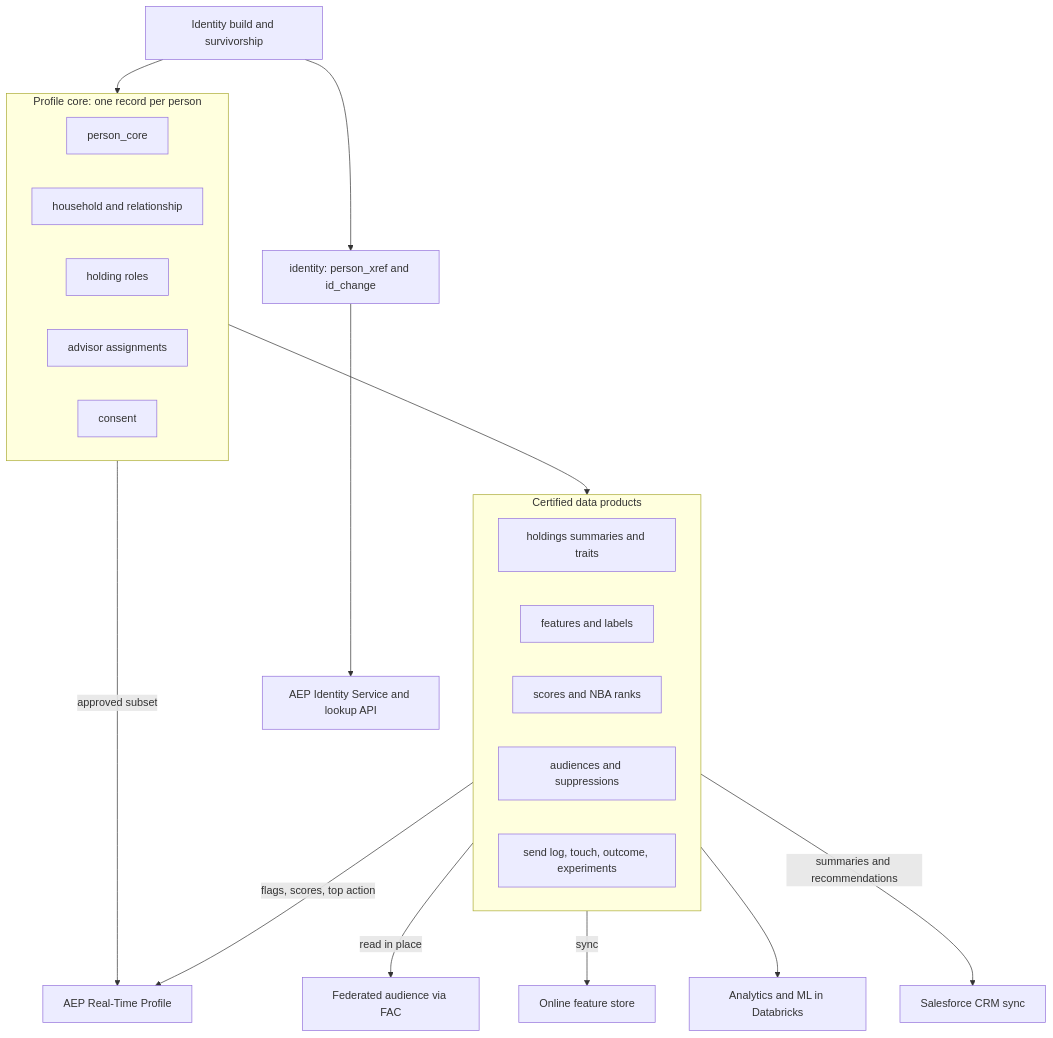
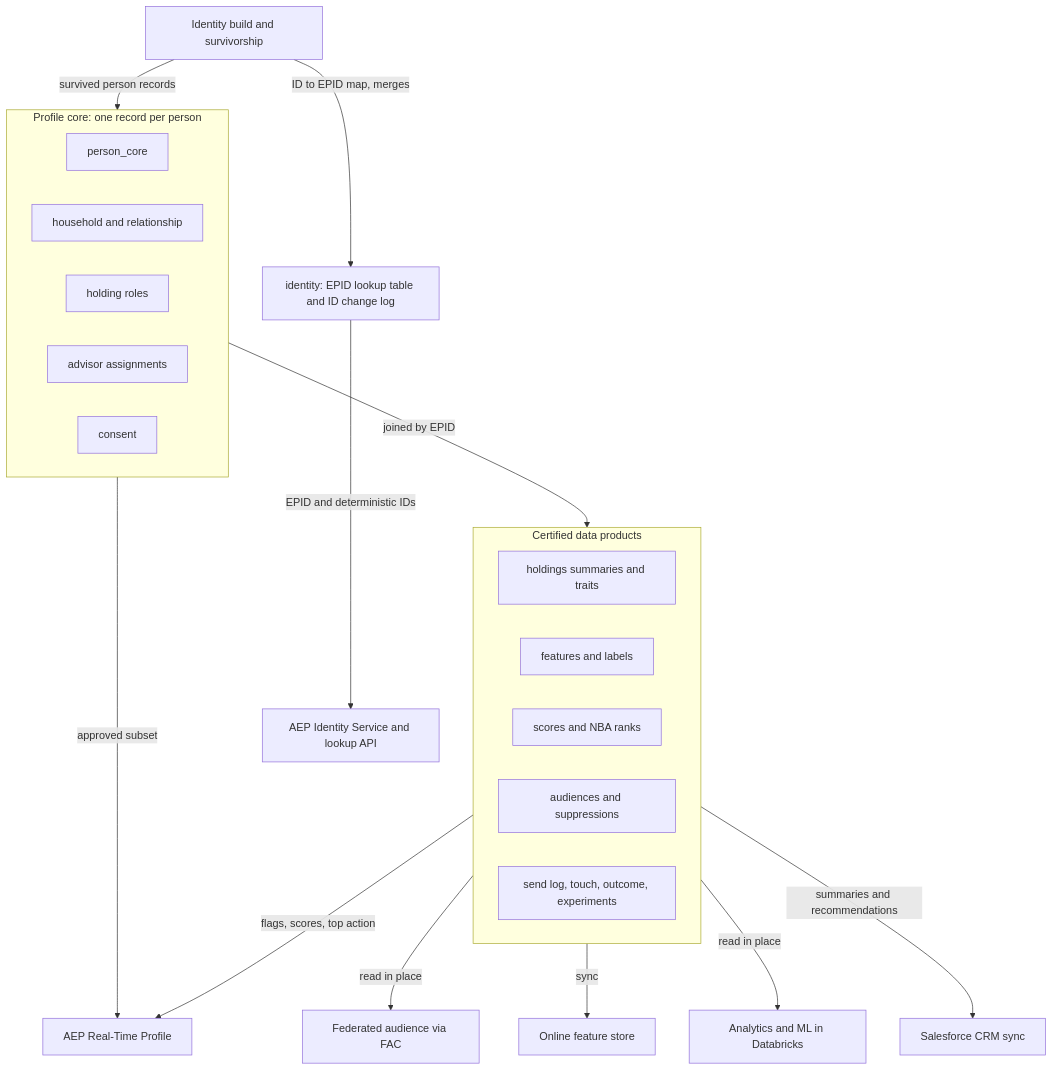
The sixth of 6 diagrams in SpecRepo/activation/01_TARGET_ARCHITECTURE.md (brandon-benge/example-data-pipeline-w-ml), drawn with Mermaid before and after one commit. The commit also changed other lines of this file and 1 other file, not shown here.

Commit message:
Label data on diagram edges where the spec diagrams match the walkthrough
Claude-Session: https://claude.ai/code/session_01FDS24kKf8GNGfQGHvZPQWg

````diff
--- a/SpecRepo/activation/01_TARGET_ARCHITECTURE.md
+++ b/SpecRepo/activation/01_TARGET_ARCHITECTURE.md
@@ -339,29 +339,29 @@
 ```mermaid
 flowchart TB
-  IB[Identity build and survivorship] --> XREF[identity: person_xref and id_change]
-  IB --> PC
+  IB[Identity build and survivorship] -- "ID to EPID map, merges" --> XREF[identity: EPID lookup table and ID change log]
+  IB -- "survived person records" --> PC
   subgraph PC[Profile core: one record per person]
     direction LR
     P1[person_core]
     P2[household and relationship]
     P3[holding roles]
     P4[advisor assignments]
     P5[consent]
   end
-  PC --> DP
+  PC -- "joined by EPID" --> DP
   subgraph DP[Certified data products]
     direction LR
     D1[holdings summaries and traits]
     D2[features and labels]
     D3[scores and NBA ranks]
     D4[audiences and suppressions]
     D5[send log, touch, outcome, experiments]
   end
-  XREF --> AEPI[AEP Identity Service and lookup API]
+  XREF -- "EPID and deterministic IDs" --> AEPI[AEP Identity Service and lookup API]
   PC -- "approved subset" --> AEPP[AEP Real-Time Profile]
   DP -- "flags, scores, top action" --> AEPP
   D4 -- "read in place" --> FAC[Federated audience via FAC]
-  DP --> AN[Analytics and ML in Databricks]
+  DP -- "read in place" --> AN[Analytics and ML in Databricks]
   DP -- "summaries and recommendations" --> CRM[Salesforce CRM sync]
   D2 -- "sync" --> OFS[Online feature store]
 ```
````
